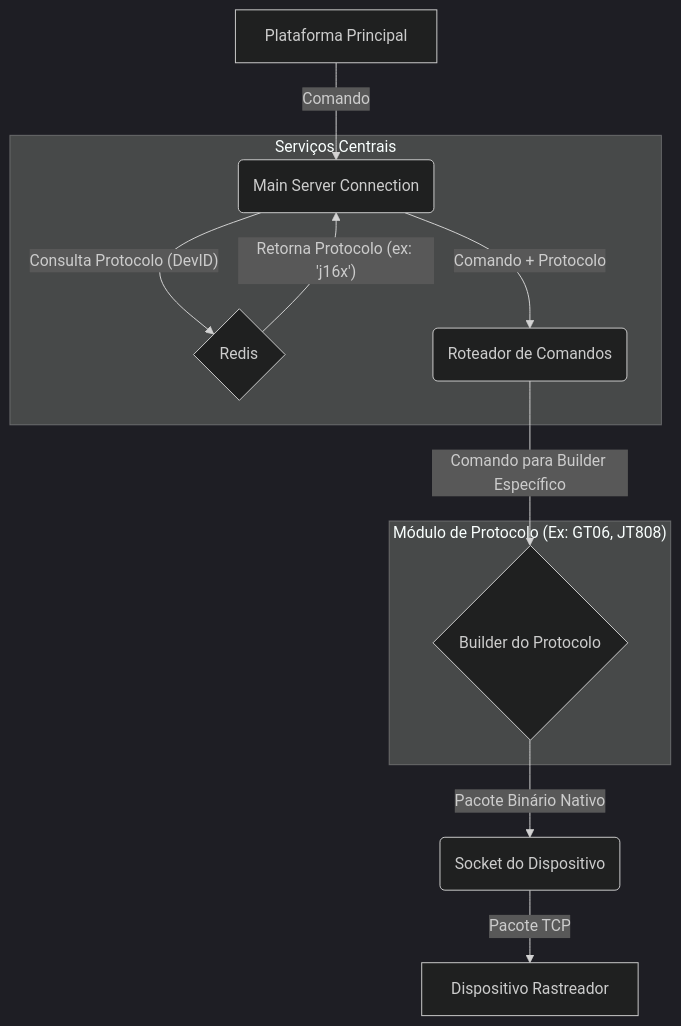
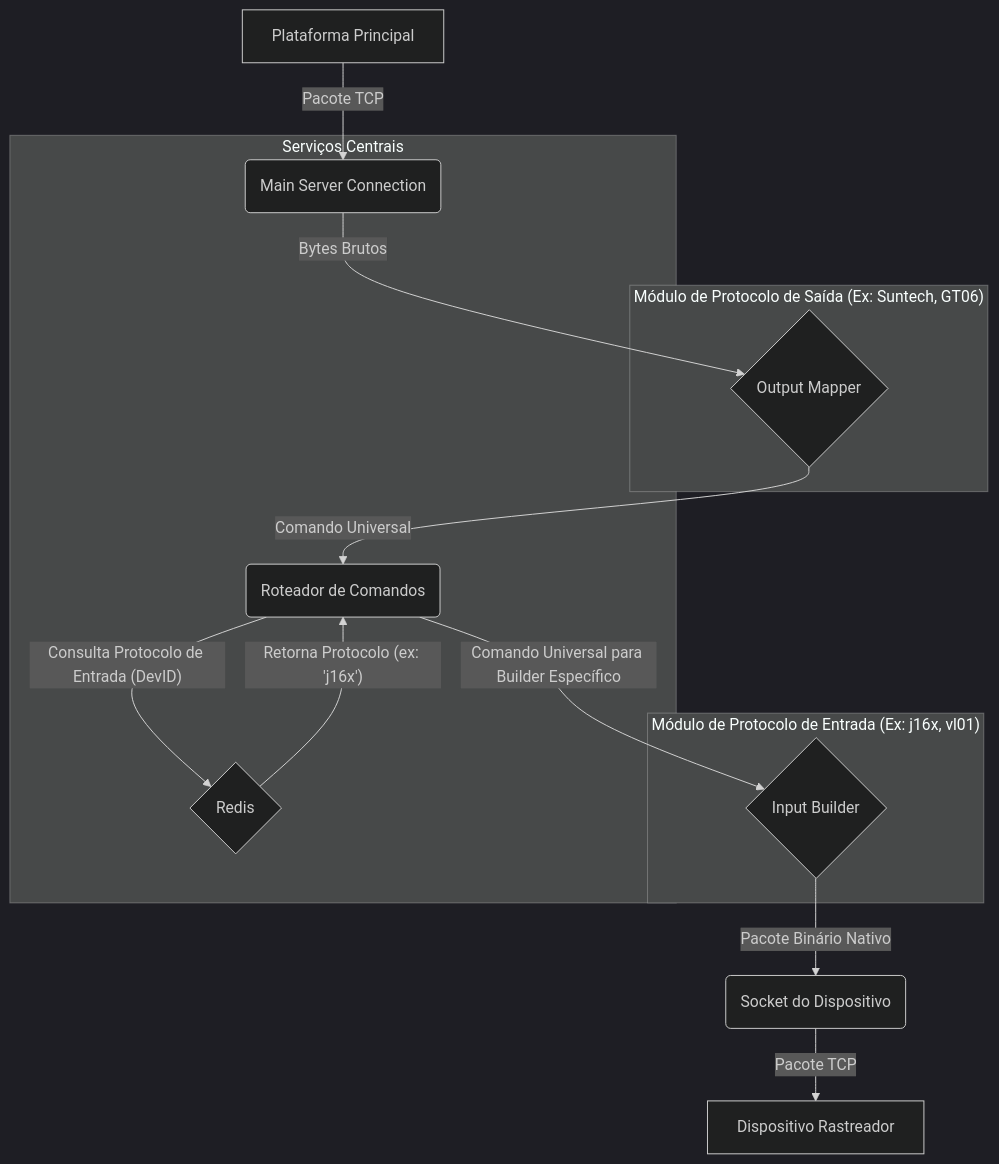
Before and after one commit to ju-sants/communication-protocol-translator: the second of 2 diagrams in README.md, drawn with Mermaid (dark theme). The commit also changed other lines of this file, not shown here.

Commit message:
Documentando novo fluxo dos pacotes de entrada e saída

````diff
--- a/README.md
+++ b/README.md
@@ -51,20 +56,25 @@
 ```mermaid
 graph TD
-    A[Plataforma Principal] -- Comando --> B(Main Server Connection);
-    B -- Consulta Protocolo (DevID) --> C{Redis};
-    C -- Retorna Protocolo (ex: 'j16x') --> B;
-    B -- Comando + Protocolo --> D(Roteador de Comandos);
-    D -- Comando para Builder Específico --> E{Builder do Protocolo};
-    E -- Pacote Binário Nativo --> F(Socket do Dispositivo);
-    F -- Pacote TCP --> G[Dispositivo Rastreador];
+    A[Plataforma Principal] -- Pacote TCP --> B(Main Server Connection);
+    B -- Bytes Brutos --> C{Output Mapper};
+    C -- Comando Universal --> D(Roteador de Comandos);
+    D -- Consulta Protocolo de Entrada (DevID) --> E{Redis};
+    E -- Retorna Protocolo (ex: 'j16x') --> D;
+    D -- Comando Universal para Builder Específico --> F{Input Builder};
+    F -- Pacote Binário Nativo --> G(Socket do Dispositivo);
+    G -- Pacote TCP --> H[Dispositivo Rastreador];
+
+    subgraph "Módulo de Protocolo de Saída (Ex: Suntech, GT06)"
+        C
+    end
+
+    subgraph "Módulo de Protocolo de Entrada (Ex: j16x, vl01)"
+        F
+    end
 
     subgraph "Serviços Centrais"
         B
-        C
         D
-    end
-
-    subgraph "Módulo de Protocolo (Ex: GT06, JT808)"
         E
     end
 ```
````
